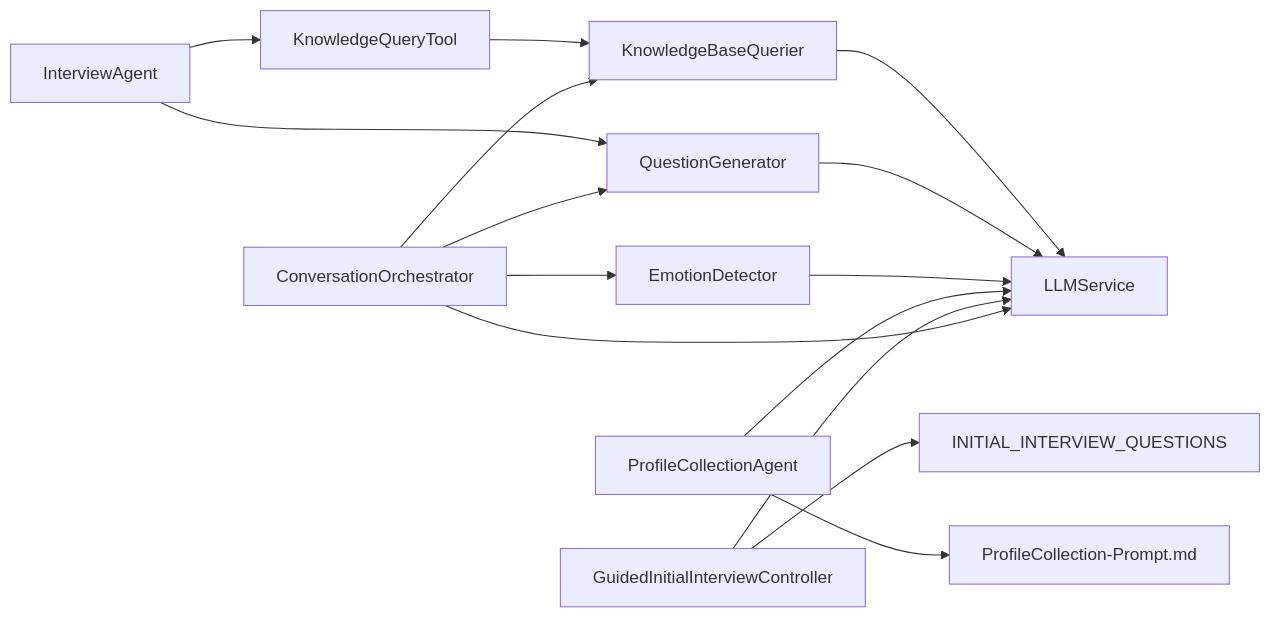
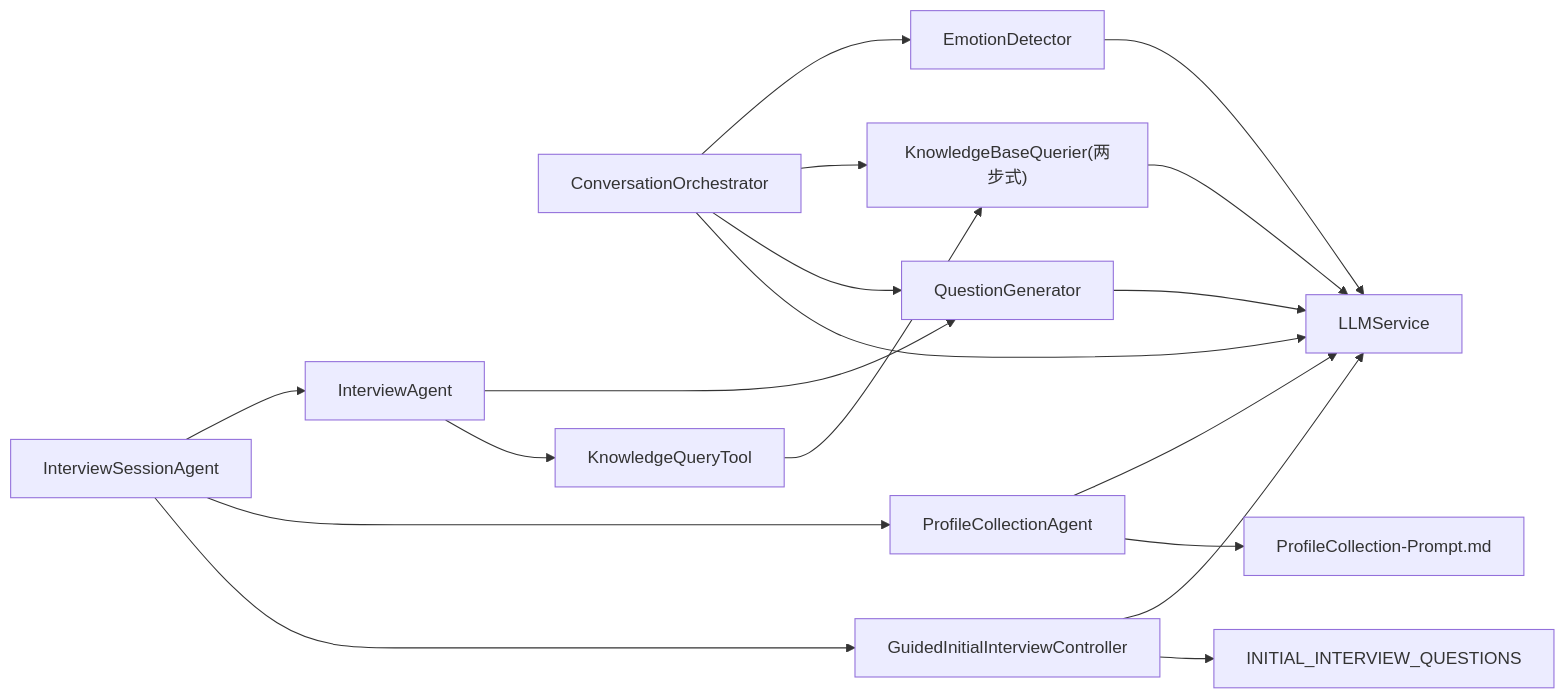
Diagram 11 of 11 in .qoder/repowiki/zh/content/智能问答系统/智能问答系统.md (WangYiKai1017/zizuan), drawn with Mermaid before and after one commit. The commit also changed other lines of this file and 7 other files, not shown here.

````diff
--- a/.qoder/repowiki/zh/content/智能问答系统/智能问答系统.md
+++ b/.qoder/repowiki/zh/content/智能问答系统/智能问答系统.md
@@ -518,17 +571,20 @@
 ```mermaid
 graph LR
+ISA["InterviewSessionAgent"] --> IA["InterviewAgent"]
+ISA --> PCA["ProfileCollectionAgent"]
+ISA --> GIIC["GuidedInitialInterviewController"]
 CO["ConversationOrchestrator"] --> ED["EmotionDetector"]
-CO --> KBQ["KnowledgeBaseQuerier"]
+CO --> KBQ["KnowledgeBaseQuerier(两步式)"]
 CO --> QG["QuestionGenerator"]
 CO --> LLM["LLMService"]
-IA["InterviewAgent"] --> QG
+IA --> QG
 IA --> KQT["KnowledgeQueryTool"]
-GIIC["GuidedInitialInterviewController"] --> LLM
+GIIC --> LLM
 GIIC --> IIQ["INITIAL_INTERVIEW_QUESTIONS"]
-PCA["ProfileCollectionAgent"] --> LLM
+PCA --> LLM
 PCA --> PCP["ProfileCollection-Prompt.md"]
 ED --> LLM
 QG --> LLM
 KBQ --> LLM
 KQT --> KBQ
 ```
````
